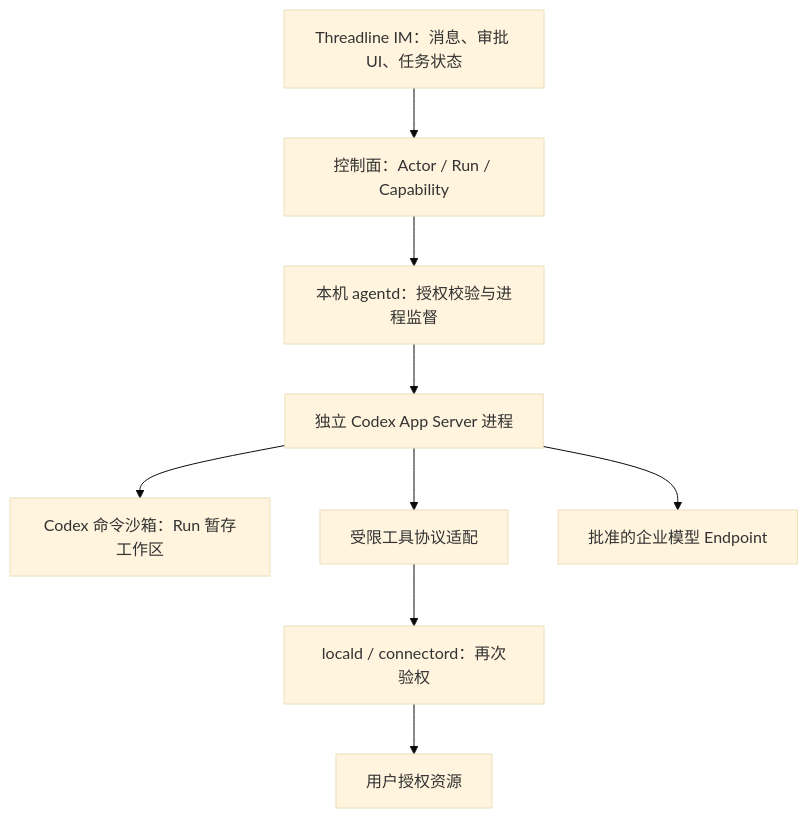
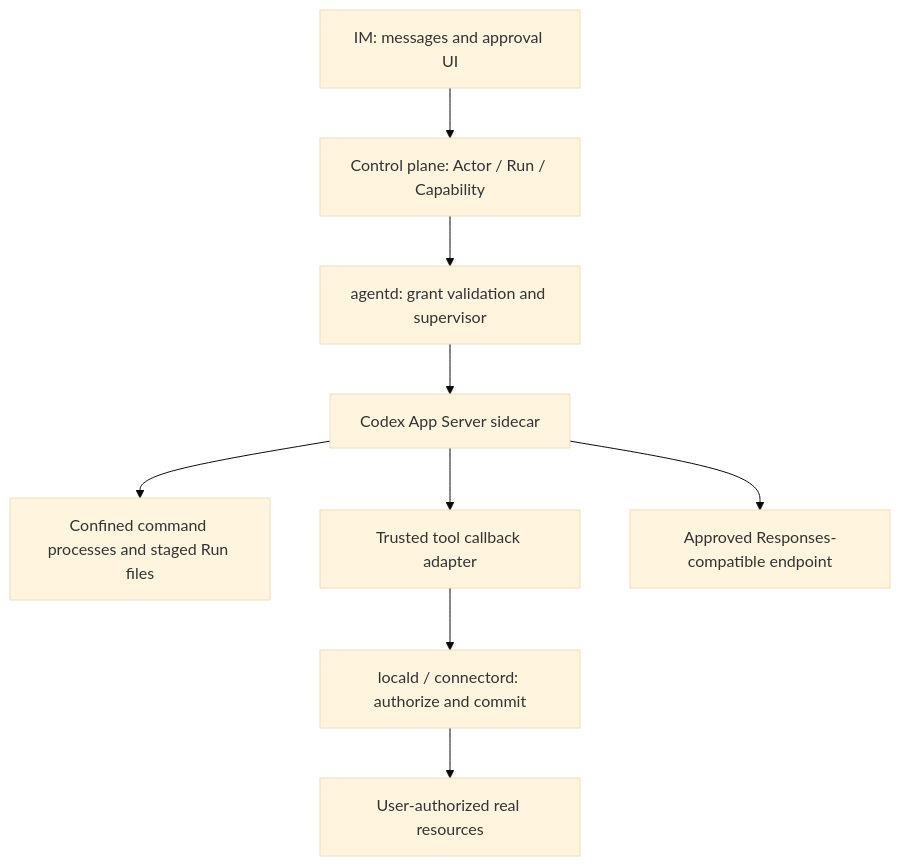
One commit to monkeylabx/threadline changed the diagram in docs/research/2026-09-agent-runtime-selection.md. Above: the diagram before and after it, drawn with Mermaid (base theme). The commit also changed other lines of this file, not shown here.

````diff
--- a/docs/research/2026-09-agent-runtime-selection.md
+++ b/docs/research/2026-09-agent-runtime-selection.md
@@ -42,11 +118,11 @@
 ```mermaid
 flowchart TD
-    IM[Threadline IM：消息、审批 UI、任务状态] --> CP[控制面：Actor / Run / Capability]
-    CP --> AD[本机 agentd：授权校验与进程监督]
-    AD --> CS[独立 Codex App Server 进程]
-    CS --> SB[Codex 命令沙箱：Run 暂存工作区]
-    CS --> TOOL[受限工具协议适配]
-    TOOL --> CON[locald / connectord：再次验权]
-    CON --> RES[用户授权资源]
-    CS --> MODEL[批准的企业模型 Endpoint]
+    UI[IM: messages and approval UI] --> CP[Control plane: Actor / Run / Capability]
+    CP --> SUP[agentd: grant validation and supervisor]
+    SUP --> RT[Codex App Server sidecar]
+    RT --> EXEC[Confined command processes and staged Run files]
+    RT --> ADAPTER[Trusted tool callback adapter]
+    ADAPTER --> CON[locald / connectord: authorize and commit]
+    CON --> FILES[User-authorized real resources]
+    RT --> MODEL[Approved Responses-compatible endpoint]
 ```
````
